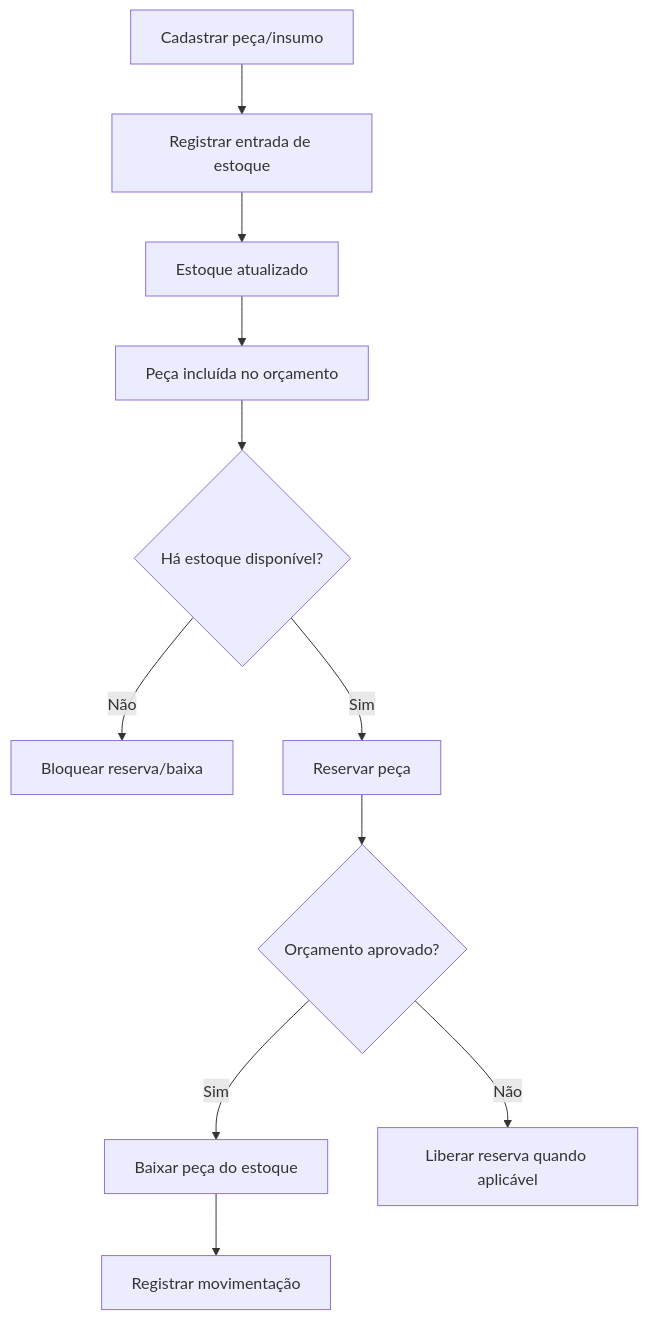
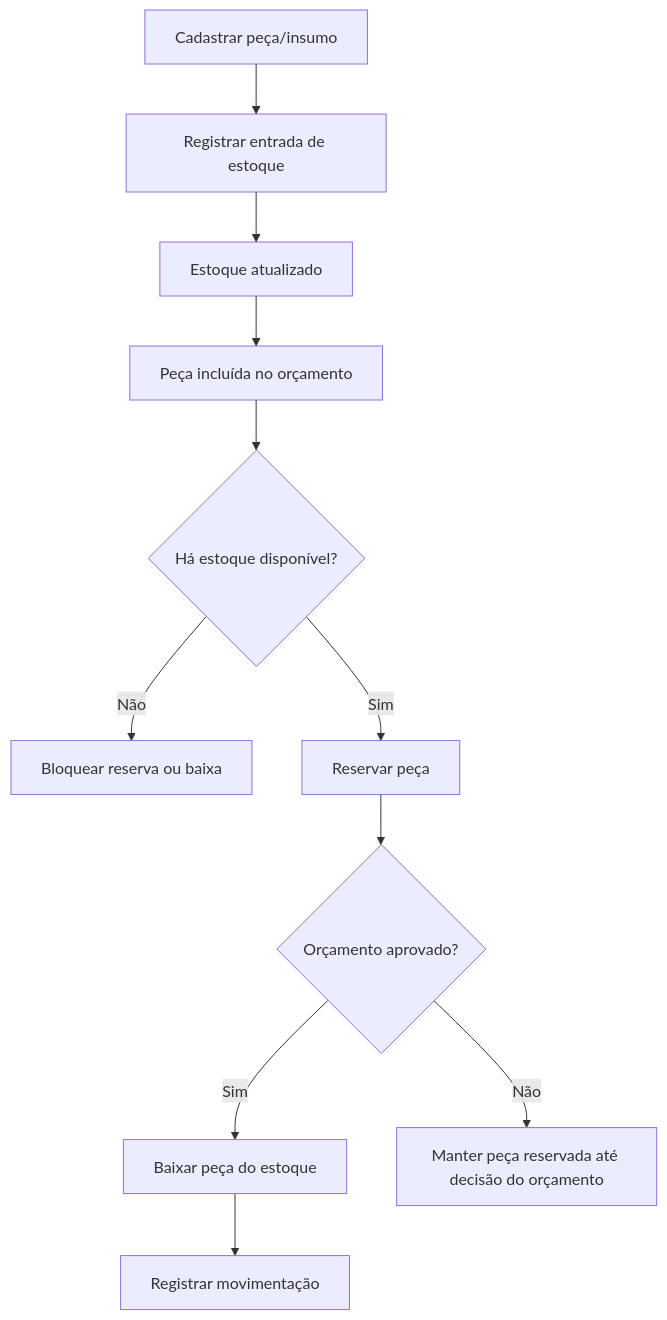
Before and after one commit to yxsbx/SOAT-FIAP: the third of 5 diagrams in docs/DDD_DOCUMENTATION.md, drawn with Mermaid. The commit also changed other lines of this file and 11 other files, not shown here.

````diff
--- a/docs/DDD_DOCUMENTATION.md
+++ b/docs/DDD_DOCUMENTATION.md
@@ -464,13 +492,13 @@
 ```mermaid
 flowchart TD
     A["Cadastrar peça/insumo"] --> B["Registrar entrada de estoque"]
     B --> C["Estoque atualizado"]
     C --> D["Peça incluída no orçamento"]
     D --> E{Há estoque disponível?}
-    E -- "Não" --> F["Bloquear reserva/baixa"]
+    E -- "Não" --> F["Bloquear reserva ou baixa"]
     E -- "Sim" --> G["Reservar peça"]
     G --> H{Orçamento aprovado?}
     H -- "Sim" --> I["Baixar peça do estoque"]
     I --> J["Registrar movimentação"]
-    H -- "Não" --> K["Liberar reserva quando aplicável"]
+    H -- "Não" --> K["Manter peça reservada até decisão do orçamento"]
 ```
````
